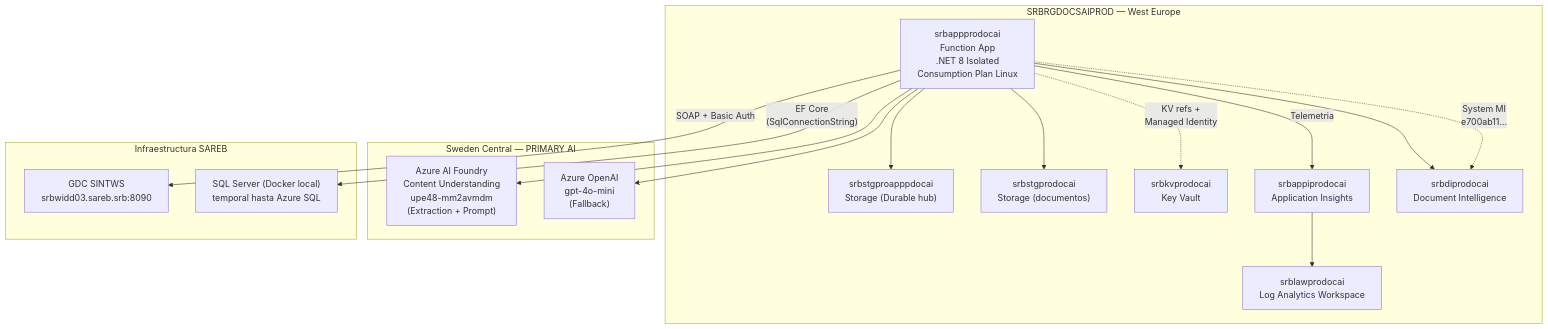
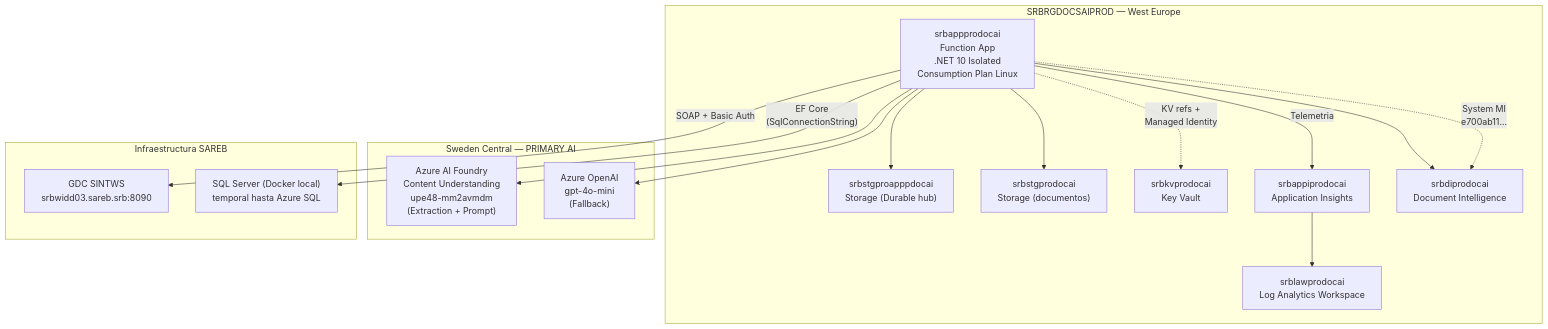
Before and after one commit to nvcrisologo02/AI-DocClassExt: the fourth of 6 diagrams in docs/01_ARQUITECTURA_SISTEMA.md, drawn with Mermaid. The commit also changed 12 other files, not shown here.

````diff
--- a/docs/01_ARQUITECTURA_SISTEMA.md
+++ b/docs/01_ARQUITECTURA_SISTEMA.md
@@ -373,35 +373,35 @@
 ```mermaid
 flowchart TB
     subgraph RG["SRBRGDOCSAIPROD — West Europe"]
-        FUNCAPP["srbappprodocai<br/>Function App<br/>.NET 8 Isolated<br/>Consumption Plan Linux"]
+        FUNCAPP["srbappprodocai<br/>Function App<br/>.NET 10 Isolated<br/>Consumption Plan Linux"]
         STG_HUB["srbstgproapppdocai<br/>Storage (Durable hub)"]
         STG_DOCS["srbstgprodocai<br/>Storage (documentos)"]
         KV["srbkvprodocai<br/>Key Vault"]
         APPINS["srbappiprodocai<br/>Application Insights"]
         LAW["srblawprodocai<br/>Log Analytics Workspace"]
         DI_PROD["srbdiprodocai<br/>Document Intelligence"]
     end
 
     subgraph SwedenCentral["Sweden Central — PRIMARY AI"]
         CU_PROD["Azure AI Foundry<br/>Content Understanding<br/>upe48-mm2avmdm<br/>(Extraction + Prompt)"]
         OAI["Azure OpenAI<br/>gpt-4o-mini<br/>(Fallback)"]
     end
 
     subgraph OnPrem["Infraestructura SAREB"]
         GDC_PROD["GDC SINTWS<br/>srbwidd03.sareb.srb:8090"]
         SQL_TEMP["SQL Server (Docker local)<br/>temporal hasta Azure SQL"]
     end
 
     FUNCAPP --> STG_HUB
     FUNCAPP --> STG_DOCS
     FUNCAPP -.->|"KV refs +<br/>Managed Identity"| KV
     FUNCAPP -->|"Telemetria"| APPINS
     APPINS --> LAW
     FUNCAPP --> DI_PROD
     FUNCAPP --> OAI
     FUNCAPP --> CU_PROD
     FUNCAPP -->|"SOAP + Basic Auth"| GDC_PROD
     FUNCAPP -->|"EF Core<br/>(SqlConnectionString)"| SQL_TEMP
 
     FUNCAPP -.->|"System MI<br/>e700ab11..."| DI_PROD
 ```
````
